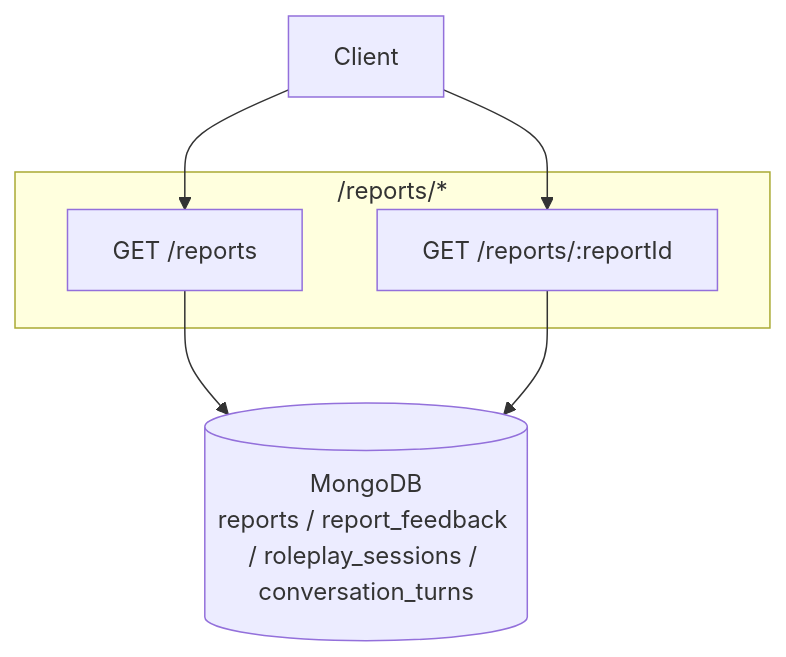
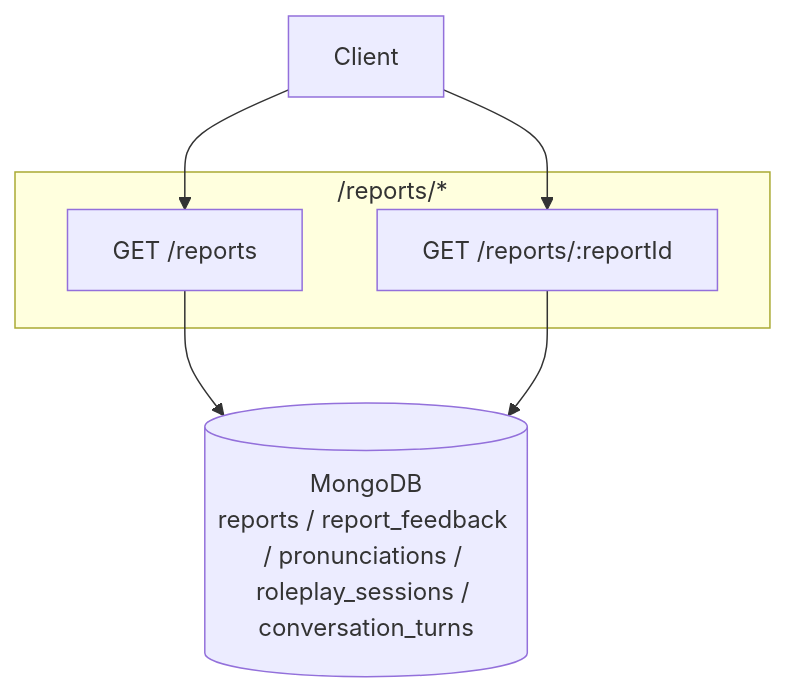
Before and after one commit to zezo-developers/Communication-Coach: the diagram in docs/report.doc.md, drawn with Mermaid. The commit also changed other lines of this file and 29 other files, not shown here.

Commit message:
added pronunciation check server and update conversationtturn schema and added redis

````diff
--- a/docs/report.doc.md
+++ b/docs/report.doc.md
@@ -10,13 +10,13 @@
 ```mermaid
 flowchart TB
   Client[Client]
   subgraph reportsApi["/reports/*"]
     ListReports["GET /reports"]
     GetReport["GET /reports/:reportId"]
   end
 
-  Db[("MongoDB\nreports / report_feedback / roleplay_sessions / conversation_turns")]
+  Db[("MongoDB\nreports / report_feedback / pronunciations / roleplay_sessions / conversation_turns")]
 
   Client --> ListReports --> Db
   Client --> GetReport --> Db
 ```
````
